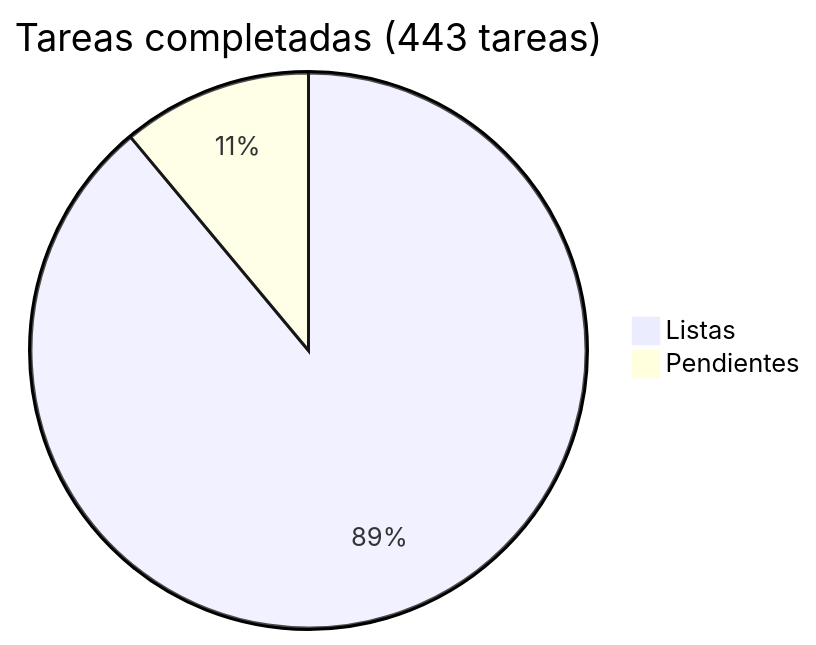
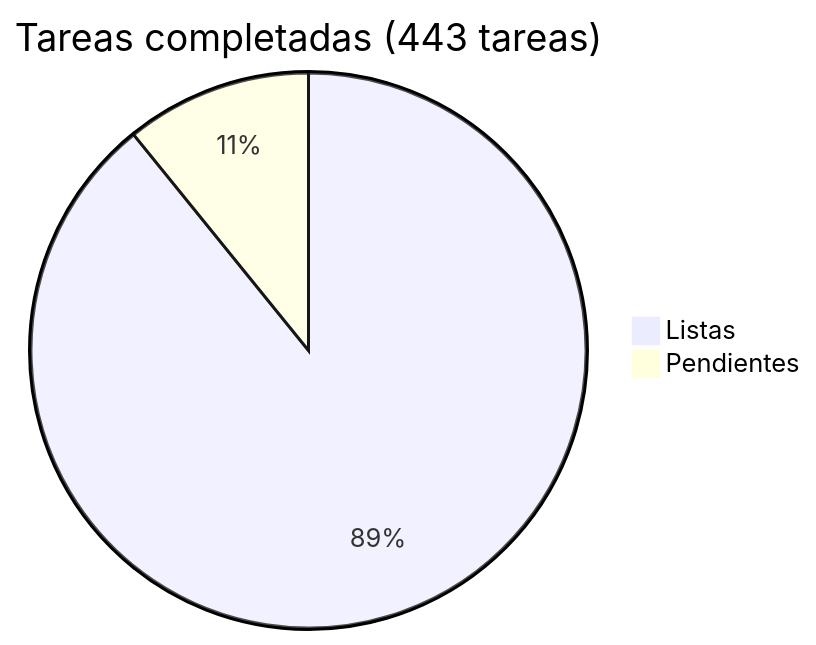
The diagram in docs/roadmap/README.md (araguaney-lat/araguaney), drawn with Mermaid before and after one commit. The commit also changed other lines of this file and 2 other files, not shown here.

````diff
--- a/docs/roadmap/README.md
+++ b/docs/roadmap/README.md
@@ -5,5 +5,5 @@
 ```mermaid
 pie title Tareas completadas (443 tareas)
-    "Listas" : 394
-    "Pendientes" : 49
+    "Listas" : 395
+    "Pendientes" : 48
 ```
````
